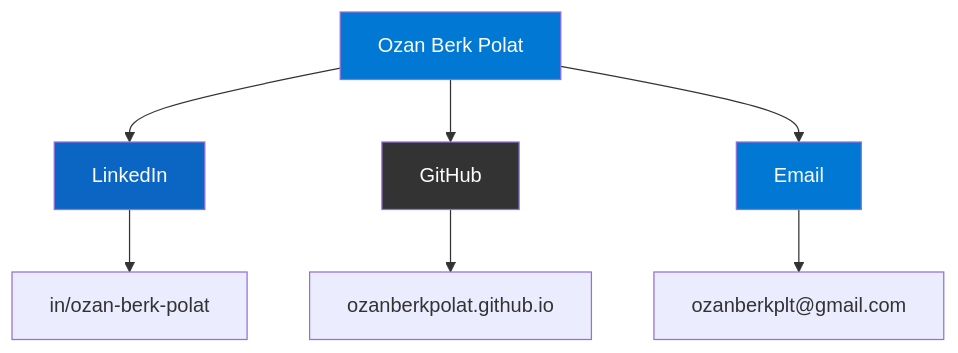
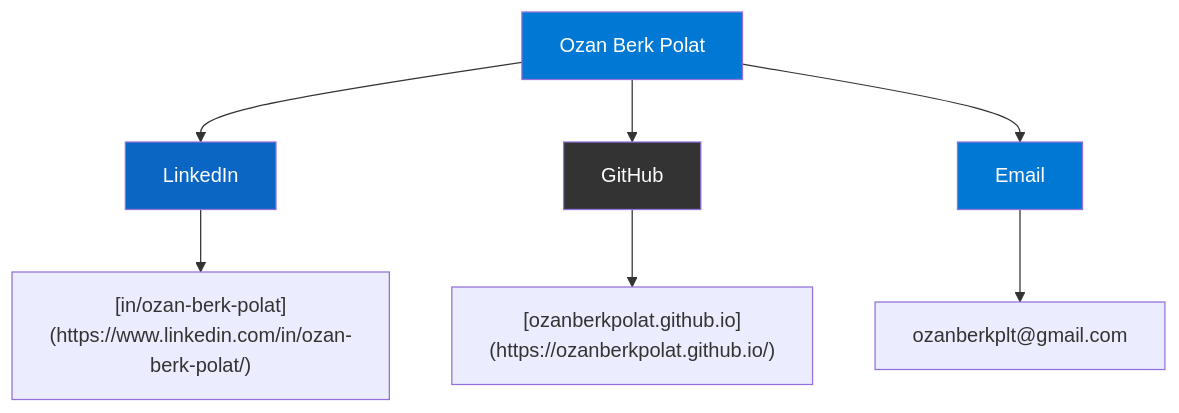
One commit to ozanberkpolat/ozanberkpolat.github.io changed the fourth of 5 diagrams in _tabs/about.md. Above: the diagram before and after it, drawn with Mermaid. The commit also changed other lines of this file, not shown here.

````diff
--- a/_tabs/about.md
+++ b/_tabs/about.md
@@ -163,13 +162,13 @@
 ```mermaid
 graph TB
     A["Ozan Berk Polat"] --> B["LinkedIn"]
     A --> C["GitHub"]
     A --> D["Email"]
-    B --> B1["in/ozan-berk-polat"]
-    C --> C1["ozanberkpolat.github.io"]
+    B --> B1["[in/ozan-berk-polat](https://www.linkedin.com/in/ozan-berk-polat/)"]
+    C --> C1["[ozanberkpolat.github.io](https://ozanberkpolat.github.io/)"]
     D --> D1["ozanberkplt@gmail.com"]
     style A fill:#0078d4,color:#fff
     style B fill:#0a66c2,color:#fff
     style C fill:#333,color:#fff
     style D fill:#0078d4,color:#fff
 ```
````
